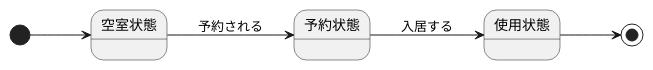
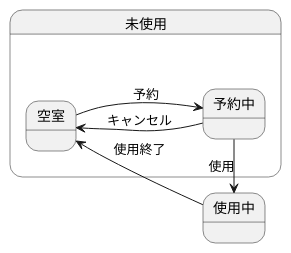
One commit to yoshidasen/uml-introduction changed the diagram in 演習6-2_SD_部屋オブジェクト.pu. Above: the diagram before and after it, drawn with PlantUML.

Commit message:
演習6-2 修正

```diff
--- a/演習6-2_SD_部屋オブジェクト.pu
+++ b/演習6-2_SD_部屋オブジェクト.pu
@@ -1,8 +1,11 @@
 @startuml 部屋オブジェクト
     left to right direction
 
-    [*] --> 空室状態
-    空室状態 --> 予約状態 : 予約される
-    予約状態 --> 使用状態 : 入居する
-    使用状態 --> [*]
+    state 未使用 {
+        空室 <-- 予約中 : キャンセル
+        空室 --> 予約中 :　予約
+    }
+
+    予約中 -left-> 使用中 : 使用
+    使用中 -left-> 空室 : 使用終了
 @enduml
```
